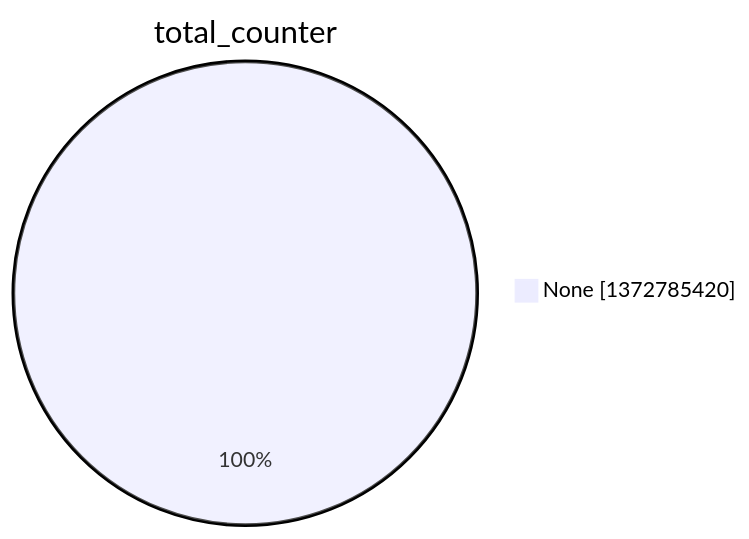
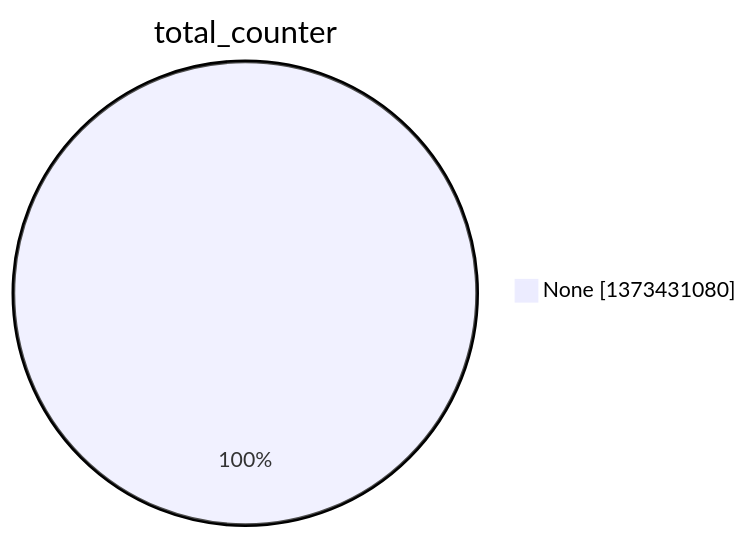
Before and after one commit to christiankrug/ctmonitor_visualization: the second of 15 diagrams in argon2022/README.md, drawn with Mermaid. The commit also changed other lines of this file, not shown here.

````diff
--- a/argon2022/README.md
+++ b/argon2022/README.md
@@ -9,5 +9,5 @@
 ```mermaid
 pie showData
 title total_counter
-"None" :1372785420
+"None" :1373431080
 ```
````
